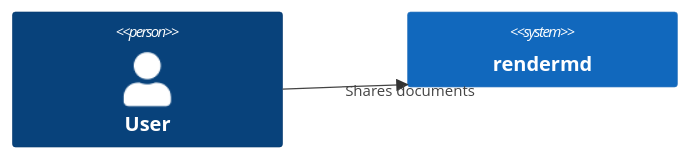
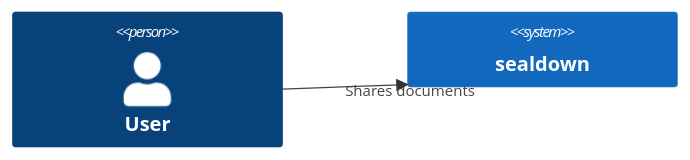
Before and after one commit to TrainedLoop/sealdown: diagram 12 of 33 in src/templates/diagrams.md, drawn with Mermaid. The commit also changed other lines of this file and 40 other files, not shown here.

First line of the commit message:
refactor: rename rendermd to Sealdown in code, tests and docs

````diff
--- a/src/templates/diagrams.md
+++ b/src/templates/diagrams.md
@@ -127,6 +127,6 @@
 ```mermaid
 C4Context
   Person(user, "User")
-  System(app, "rendermd")
+  System(app, "sealdown")
   Rel(user, app, "Shares documents")
 ```
````
